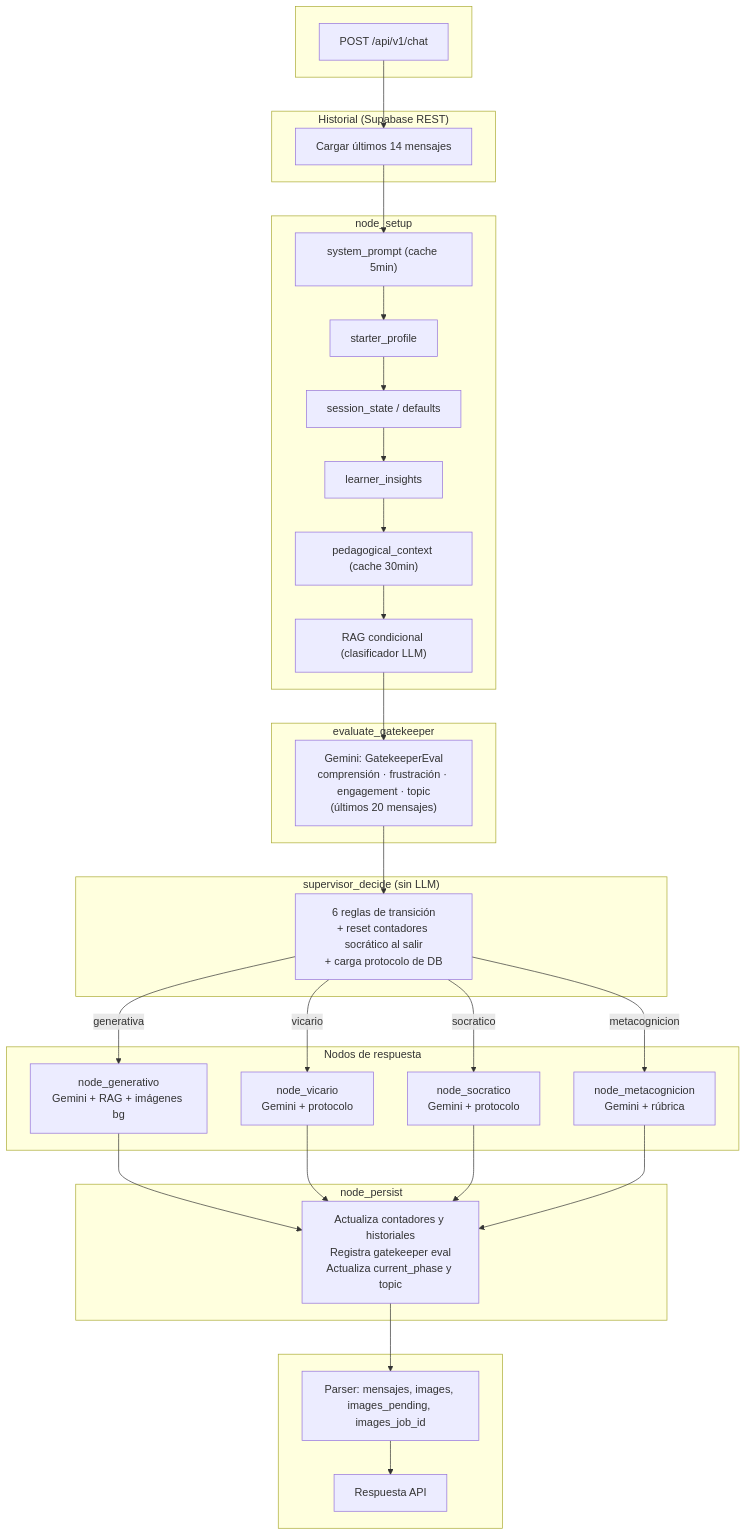
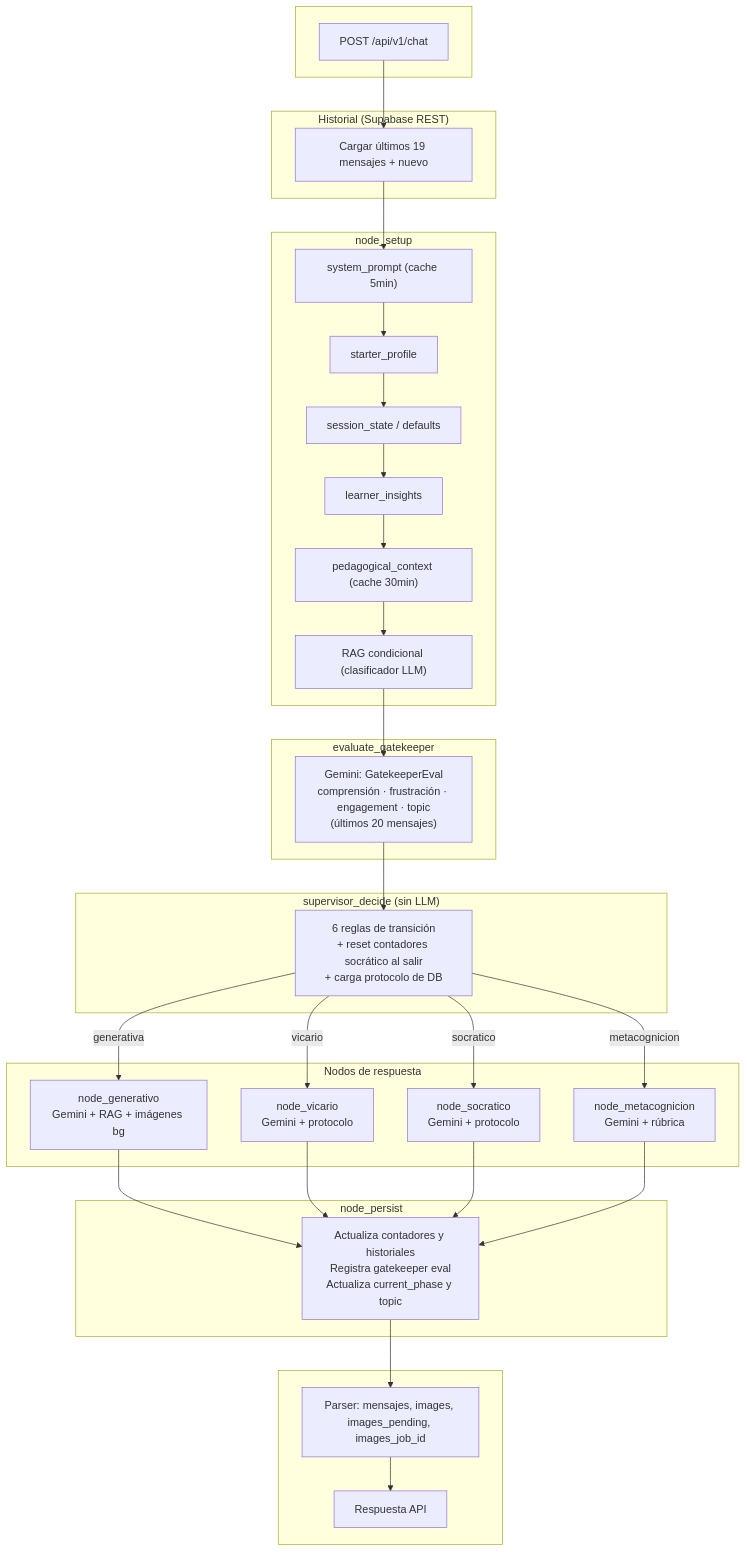
The diagram in docs/flujo-agente.md (hublecarpio/biex_backend), drawn with Mermaid before and after one commit. The commit also changed other lines of this file, not shown here.

Commit message:
docs: match message loaded history from 14 to 19+1 in flow diagrams

````diff
--- a/docs/flujo-agente.md
+++ b/docs/flujo-agente.md
@@ -113,49 +113,49 @@
 ```mermaid
 flowchart TB
     subgraph entrada[" "]
         A["POST /api/v1/chat"]
     end
     subgraph historia["Historial (Supabase REST)"]
-        B["Cargar últimos 14 mensajes"]
+        B["Cargar últimos 19 mensajes + nuevo"]
     end
     subgraph setup["node_setup"]
         C["system_prompt (cache 5min)"]
         D["starter_profile"]
         E["session_state / defaults"]
         F["learner_insights"]
         G["pedagogical_context (cache 30min)"]
         H["RAG condicional (clasificador LLM)"]
     end
     subgraph gatekeeper["evaluate_gatekeeper"]
         I["Gemini: GatekeeperEval\ncomprensión · frustración · engagement · topic\n(últimos 20 mensajes)"]
     end
     subgraph supervisor["supervisor_decide (sin LLM)"]
         J["6 reglas de transición\n+ reset contadores socrático al salir\n+ carga protocolo de DB"]
     end
     subgraph nodos["Nodos de respuesta"]
         K["node_generativo\nGemini + RAG + imágenes bg"]
         L["node_vicario\nGemini + protocolo"]
         M["node_socratico\nGemini + protocolo"]
         N["node_metacognicion\nGemini + rúbrica"]
     end
     subgraph persist["node_persist"]
         O["Actualiza contadores y historiales\nRegistra gatekeeper eval\nActualiza current_phase y topic"]
     end
     subgraph salida[" "]
         P["Parser: mensajes, images, images_pending, images_job_id"]
         Q["Respuesta API"]
     end
 
     A --> B --> C
     C --> D --> E --> F --> G --> H
     H --> I --> J
     J -->|generativa| K
     J -->|vicario| L
     J -->|socratico| M
     J -->|metacognicion| N
     K --> O
     L --> O
     M --> O
     N --> O
     O --> P --> Q
 ```
````
